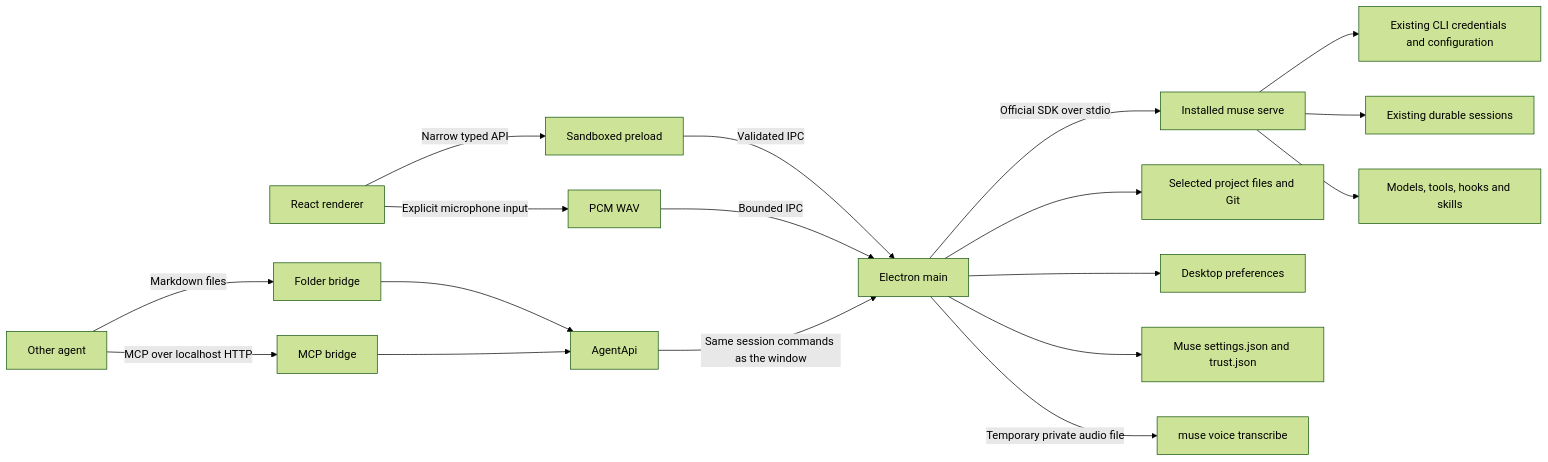
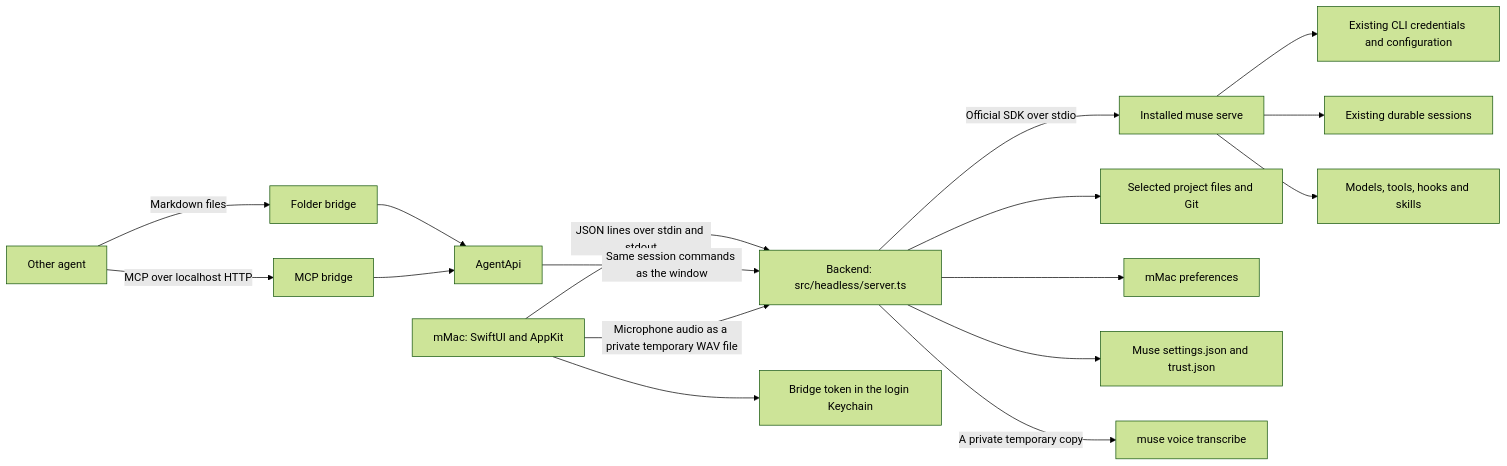
Before and after one commit to domalhambra/muse-desktop: the diagram in docs/architecture.md, drawn with Mermaid (forest theme). The commit also changed other lines of this file and 11 other files, not shown here.

First line of the commit message:
docs: mMac is the app; the upstream sync keeps Electron's shell deleted

````diff
--- a/docs/architecture.md
+++ b/docs/architecture.md
@@ -3,20 +5,19 @@
 ```mermaid
 flowchart LR
-    UI[React renderer] -->|Narrow typed API| Bridge[Sandboxed preload]
-    Bridge -->|Validated IPC| Main[Electron main]
-    Main -->|Official SDK over stdio| CLI[Installed muse serve]
+    App[mMac: SwiftUI and AppKit] -->|JSON lines over stdin and stdout| Backend[Backend: src/headless/server.ts]
+    Backend -->|Official SDK over stdio| CLI[Installed muse serve]
     CLI --> Credentials[Existing CLI credentials and configuration]
     CLI --> Sessions[Existing durable sessions]
     CLI --> Tools[Models, tools, hooks and skills]
-    Main --> Files[Selected project files and Git]
-    Main --> Preferences[Desktop preferences]
-    Main --> MuseConfig[Muse settings.json and trust.json]
+    Backend --> Files[Selected project files and Git]
+    Backend --> Preferences[mMac preferences]
+    Backend --> MuseConfig[Muse settings.json and trust.json]
+    App --> Keychain[Bridge token in the login Keychain]
     Agent[Other agent] -->|Markdown files| FileBridge[Folder bridge]
     Agent -->|MCP over localhost HTTP| McpBridge[MCP bridge]
     FileBridge --> AgentApi[AgentApi]
     McpBridge --> AgentApi
-    AgentApi -->|Same session commands as the window| Main
-    UI -->|Explicit microphone input| Audio[PCM WAV]
-    Audio -->|Bounded IPC| Main
-    Main -->|Temporary private audio file| Voice[muse voice transcribe]
+    AgentApi -->|Same session commands as the window| Backend
+    App -->|Microphone audio as a private temporary WAV file| Backend
+    Backend -->|A private temporary copy| Voice[muse voice transcribe]
 ```
````
